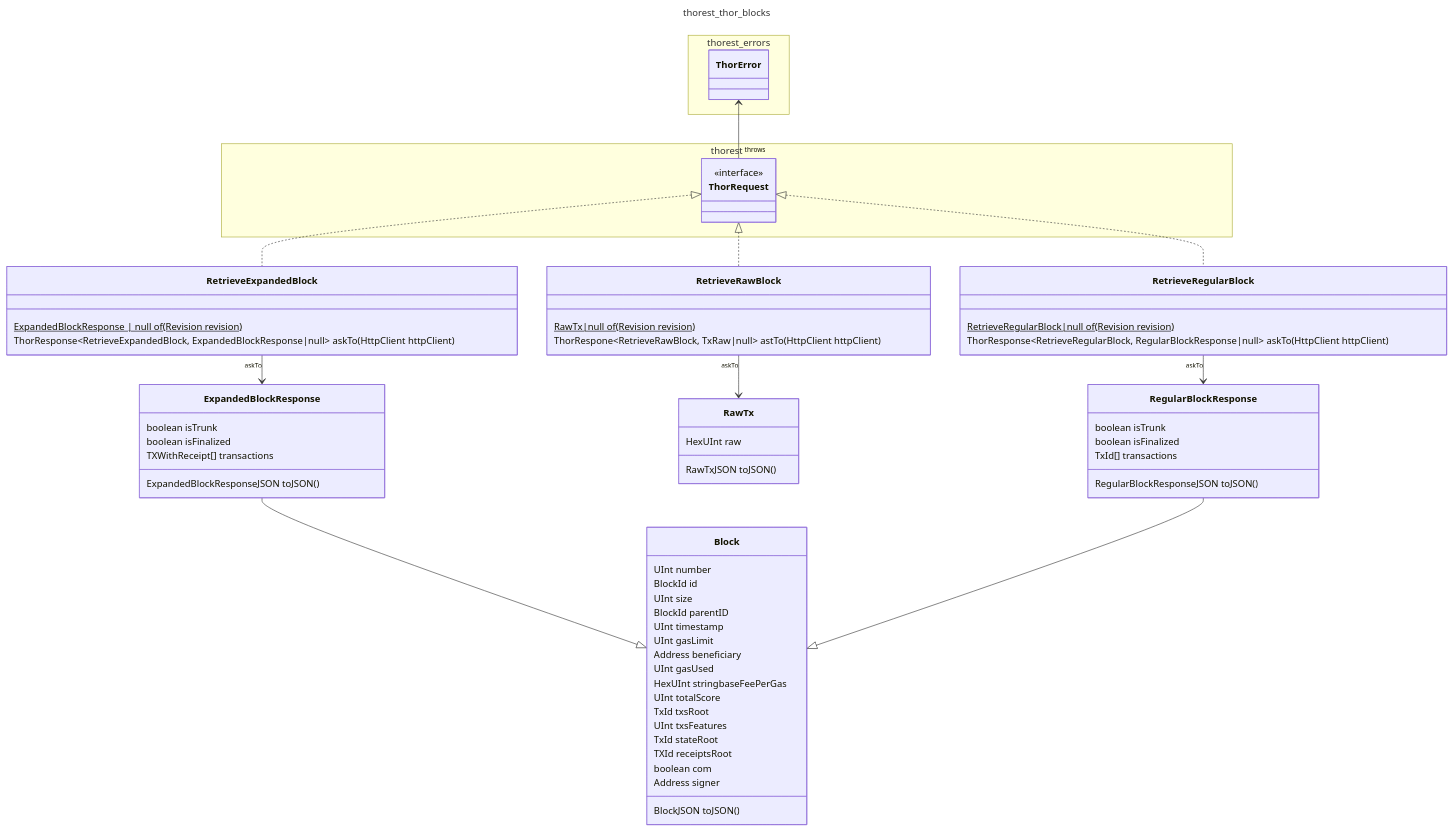
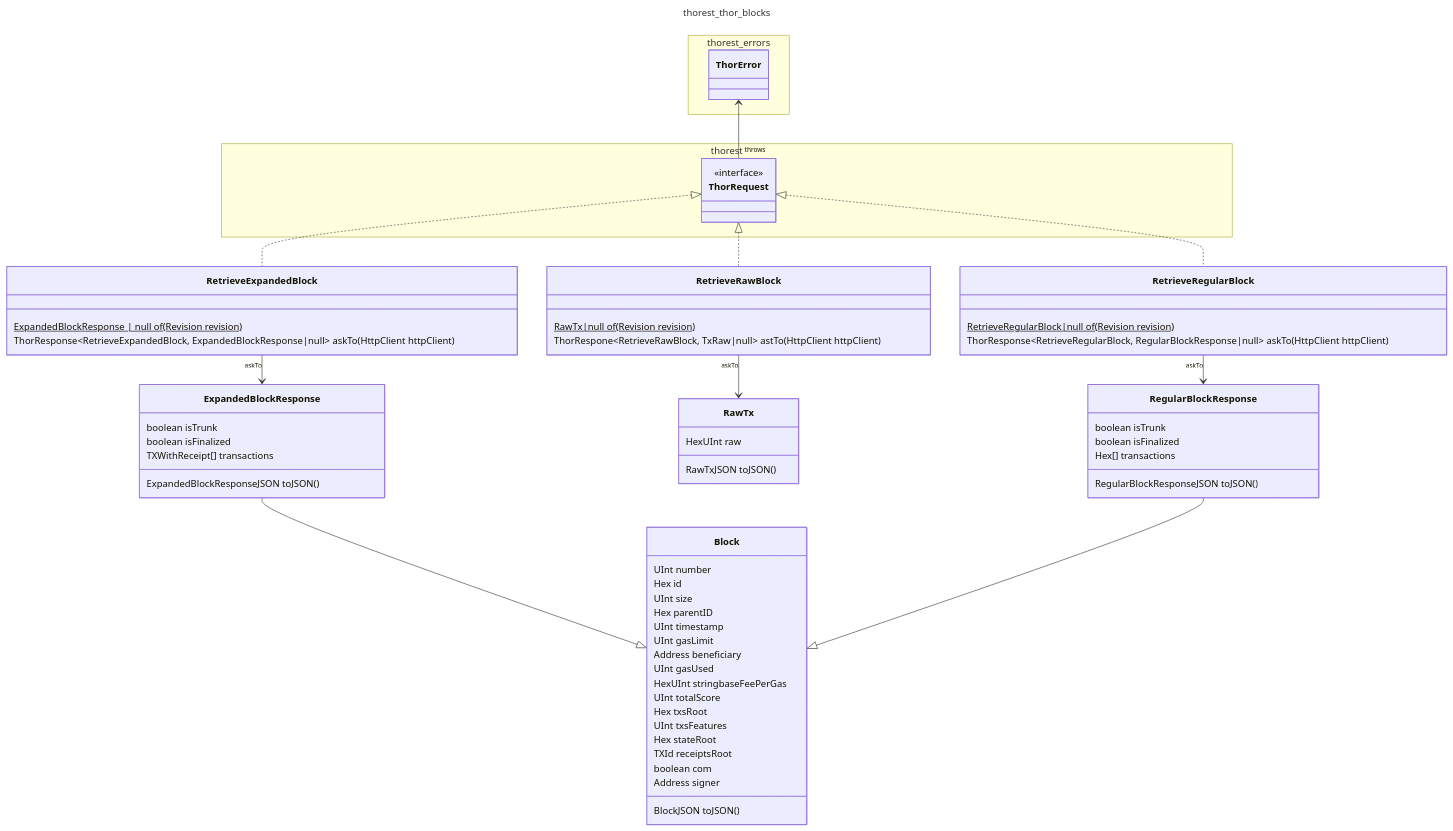
The diagram in docs/thorest/thor/blocks/blocks.mmd (vechain/vechain-sdk-js), drawn with Mermaid before and after one commit. The commit also changed 2 other files, not shown here.

Commit message:
feat: 2037 \transactions...

```diff
--- a/docs/thorest/thor/blocks/blocks.mmd
+++ b/docs/thorest/thor/blocks/blocks.mmd
@@ -1,68 +1,68 @@
 ---
 title: thorest_thor_blocks
 ---
 classDiagram
     namespace thorest {
         class ThorRequest {
             <<interface>>
         }
     }
     namespace thorest_errors {
         class ThorError
     }
     class Block {
         UInt number
-        BlockId id
+        Hex id
         UInt size
-        BlockId parentID
+        Hex parentID
         UInt timestamp
         UInt gasLimit
         Address beneficiary
         UInt gasUsed
         HexUInt stringbaseFeePerGas
         UInt totalScore
-        TxId txsRoot
+        Hex txsRoot
         UInt txsFeatures
-        TxId stateRoot
+        Hex stateRoot
         TXId receiptsRoot
         boolean com
         Address signer
         BlockJSON toJSON()
     }
     class ExpandedBlockResponse {
         boolean isTrunk
         boolean isFinalized
         TXWithReceipt[] transactions
         ExpandedBlockResponseJSON toJSON()
     }
     class RawTx {
         HexUInt raw
         RawTxJSON toJSON()
     }
     class RegularBlockResponse {
         boolean isTrunk
         boolean isFinalized
-        TxId[]  transactions
+        Hex[]  transactions
         RegularBlockResponseJSON toJSON()
     }
     class RetrieveExpandedBlock {
         ExpandedBlockResponse | null of(Revision revision)$
         ThorResponse~RetrieveExpandedBlock, ExpandedBlockResponse|null~ askTo(HttpClient httpClient)
     }
     class RetrieveRawBlock {
         RawTx|null of(Revision revision)$
         ThorRespone~RetrieveRawBlock, TxRaw|null~ astTo(HttpClient httpClient)
     }
     class RetrieveRegularBlock {
         RetrieveRegularBlock|null of(Revision revision)$
         ThorResponse~RetrieveRegularBlock, RegularBlockResponse|null~ askTo(HttpClient httpClient)
     }
     ThorRequest <|.. RetrieveExpandedBlock
     ThorRequest <|.. RetrieveRawBlock
     ThorRequest <|.. RetrieveRegularBlock
     ExpandedBlockResponse --|> Block
     RegularBlockResponse --|> Block
     RetrieveExpandedBlock "askTo" --> ExpandedBlockResponse
     RetrieveRawBlock "askTo" --> RawTx
     RetrieveRegularBlock "askTo" --> RegularBlockResponse
     ThorError <-- "throws" ThorRequest
```
